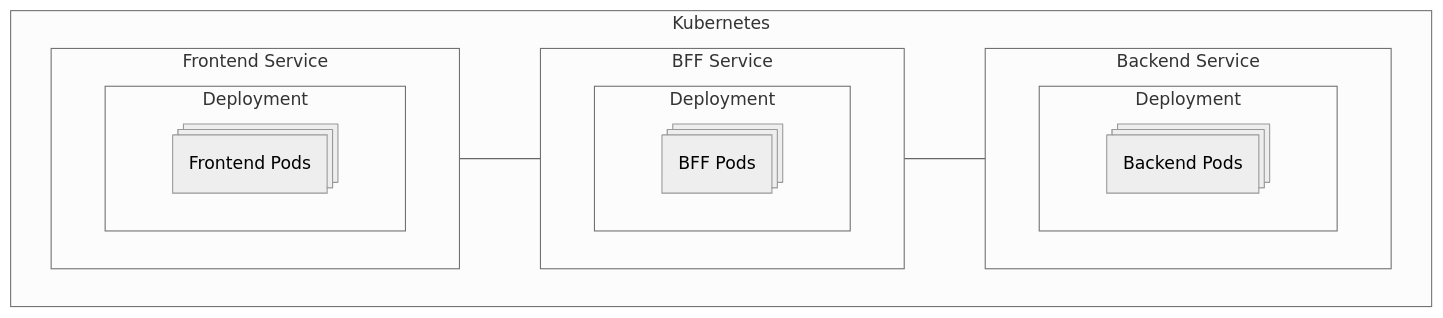
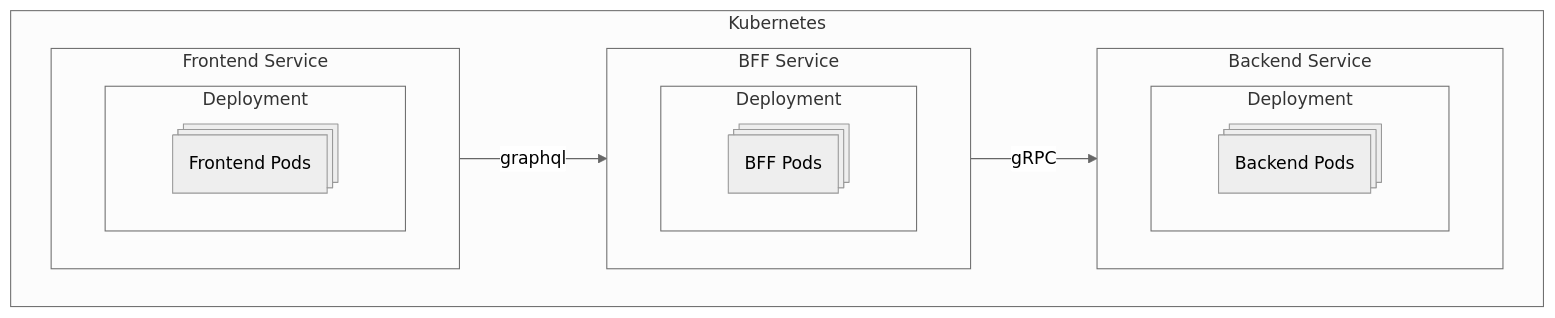
One commit to benggri/study changed the diagram in application/architecture/nodejs.md. Above: the diagram before and after it, drawn with Mermaid (neutral theme).

````diff
--- a/application/architecture/nodejs.md
+++ b/application/architecture/nodejs.md
@@ -3,28 +3,28 @@
 ```mermaid
 flowchart LR
     subgraph k8s [Kubernetes]
       direction LR
       subgraph fesvc [Frontend Service]
         direction LR
         subgraph fedep [Deployment]
           direction LR
           fep@{ shape: procs, label: "Frontend Pods"}
         end
       end
       subgraph bffsvc [BFF Service]
         direction LR
         subgraph bffdep [Deployment]
           direction LR
           bffp@{ shape: procs, label: "BFF Pods"}
         end
       end
       subgraph besvc [Backend Service]
         direction LR
         subgraph bedep [Deployment]
           direction LR
           bep@{ shape: procs, label: "Backend Pods"}
         end
       end
-      fep --- bffp --- bep
+      fep -- graphql --> bffsvc -- gRPC --> besvc
     end
 ```
````
